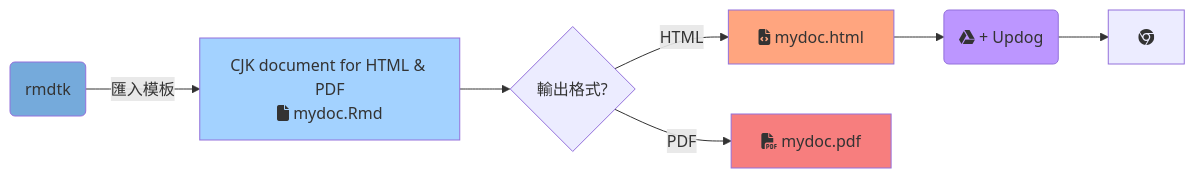
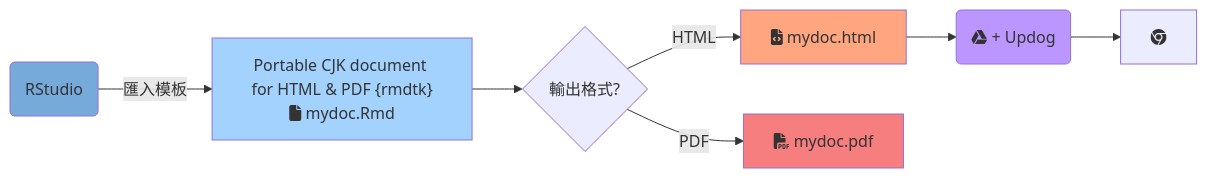
One commit to liao961120/2019-fju-rmd-talk changed the diagram in img/mermaid_code.mermaid. Above: the diagram before and after it, drawn with Mermaid. The commit also changed 2 other files, not shown here.

```diff
--- a/img/mermaid_code.mermaid
+++ b/img/mermaid_code.mermaid
@@ -1,14 +1,14 @@
 graph LR
-rmdtk(rmdtk) -->|匯入模板| rmdtemp[CJK document for HTML & PDF<br>fa:fa-file mydoc.Rmd] 
+RStudio(RStudio) -->|匯入模板| rmdtemp["Portable CJK document for HTML & PDF {rmdtk}<br>fa:fa-file mydoc.Rmd"] 
 rmdtemp --> C{輸出格式?}
 C -->|HTML| html[fa:fa-file-code mydoc.html]
 C -->|PDF| pdf[fa:fa-file-pdf mydoc.pdf]
 
 html --> updog(fab:fa-google-drive + Updog)
 updog --> H[fab:fa-chrome]
 
-style rmdtk fill:#75AADB;
+style RStudio fill:#75AADB;
 style updog fill:#bc96ff;
 style pdf fill:#f77e7e;
 style html fill:#ffa57f;
 style rmdtemp fill:#a3d2ff;
```
